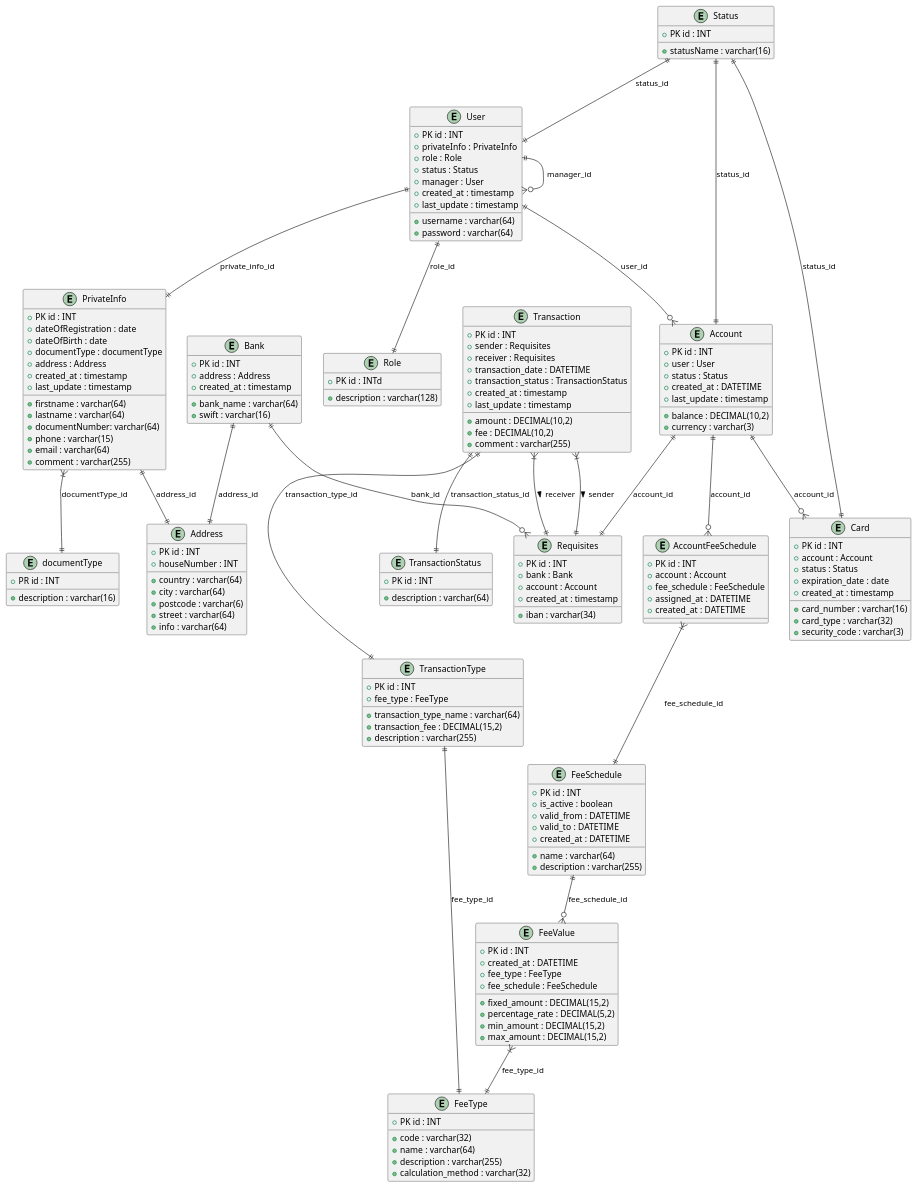
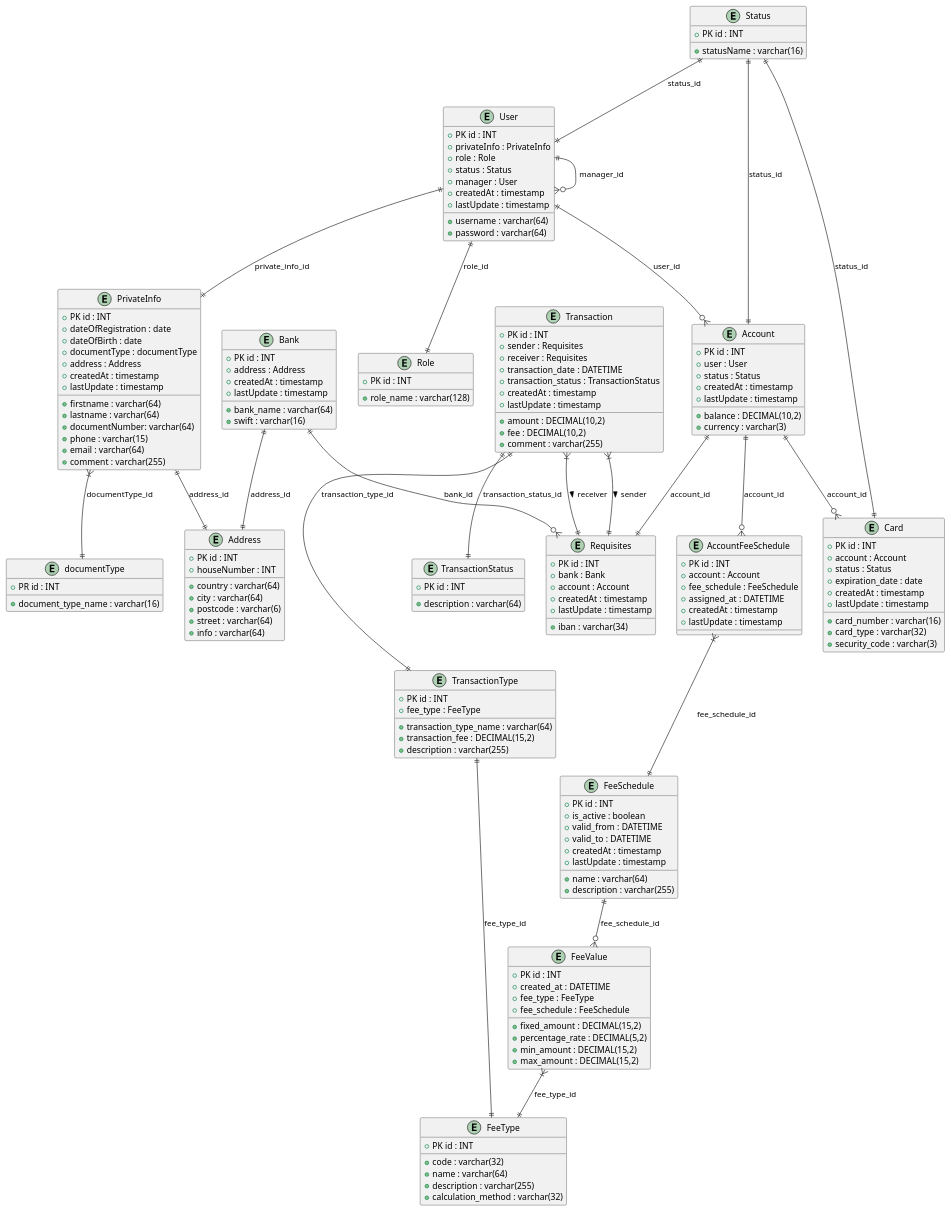
The diagram in src/Diagram.puml (jolivuk/ProjectBankSystem), drawn with PlantUML before and after one commit. The commit also changed 33 other files, not shown here.

```diff
--- a/src/Diagram.puml
+++ b/src/Diagram.puml
@@ -10,8 +10,8 @@
    + role : Role
    + status : Status
    + manager : User
-   + created_at : timestamp
-   + last_update : timestamp
+   + createdAt : timestamp
+   + lastUpdate : timestamp
 
 }
 
@@ -27,13 +27,13 @@
    + email : varchar(64)
    + comment : varchar(255)
    + address : Address
-   + created_at : timestamp
-   + last_update : timestamp
+   + createdAt : timestamp
+   + lastUpdate : timestamp
 }
 
 entity documentType{
     + PR id : INT
-    + description : varchar(16)
+    + document_type_name : varchar(16)
 }
 
 entity Address {
@@ -47,8 +47,8 @@
 }
 
 entity Role {
-   + PK id : INTd
-   + description : varchar(128)
+   + PK id : INT
+   + role_name : varchar(128)
 }
 
 ' Домен счетов
@@ -58,8 +58,8 @@
    + status : Status
    + balance : DECIMAL(10,2)
    + currency : varchar(3)
-   + created_at : DATETIME
-   + last_update : timestamp
+   + createdAt : timestamp
+   + lastUpdate : timestamp
 }
 entity Status{
     + PK id : INT
@@ -76,7 +76,8 @@
    + is_active : boolean
    + valid_from : DATETIME
    + valid_to : DATETIME
-   + created_at : DATETIME
+   + createdAt : timestamp
+   + lastUpdate : timestamp
 }
 
 entity FeeType {
@@ -103,7 +104,8 @@
    + account : Account
    + fee_schedule : FeeSchedule
    + assigned_at : DATETIME
-   + created_at : DATETIME
+   + createdAt : timestamp
+   + lastUpdate : timestamp
 }
 
 ' Домен транзакций
@@ -116,8 +118,8 @@
    + comment : varchar(255)
    + transaction_date : DATETIME
    + transaction_status : TransactionStatus
-   + created_at : timestamp
-   + last_update : timestamp
+   + createdAt : timestamp
+   + lastUpdate : timestamp
 
 }
 
@@ -143,7 +145,8 @@
    + status : Status
    + expiration_date : date
    + security_code : varchar(3)
-   + created_at : timestamp
+   + createdAt : timestamp
+   + lastUpdate : timestamp
 }
 
 entity Bank {
@@ -151,7 +154,8 @@
    + address : Address
    + bank_name : varchar(64)
    + swift : varchar(16)
-   + created_at : timestamp
+   + createdAt : timestamp
+   + lastUpdate : timestamp
 }
 
 entity Requisites {
@@ -159,7 +163,8 @@
    + bank : Bank
    + account : Account
    + iban : varchar(34)
-   + created_at : timestamp
+   + createdAt : timestamp
+   + lastUpdate : timestamp
 }
 
 ' Связи базового домена
```
